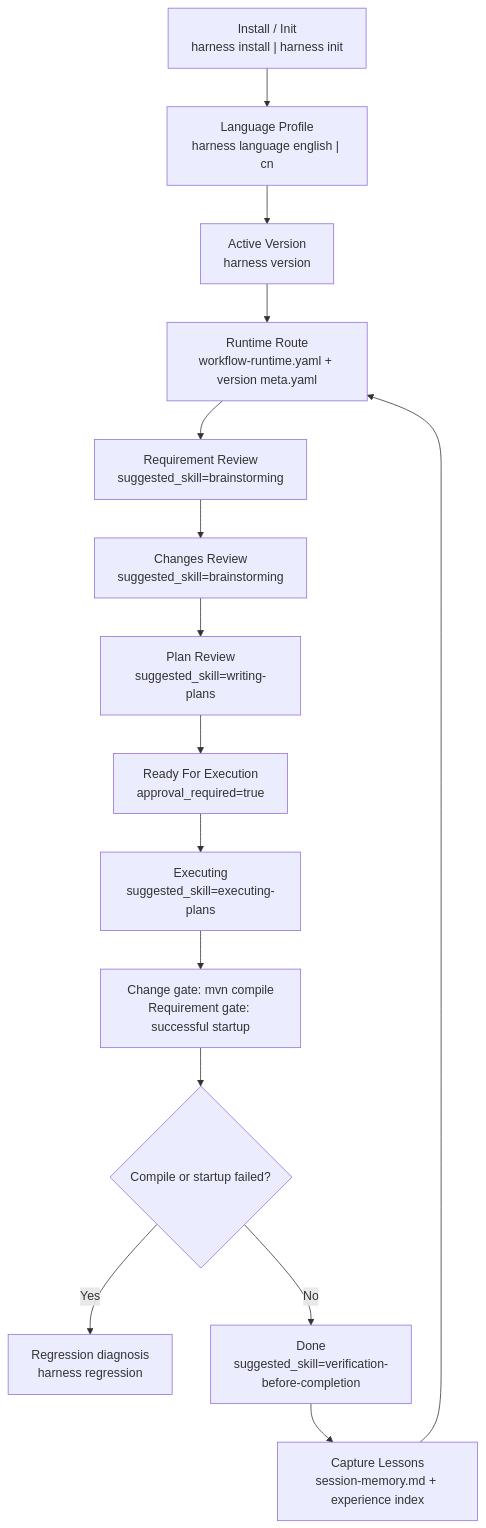
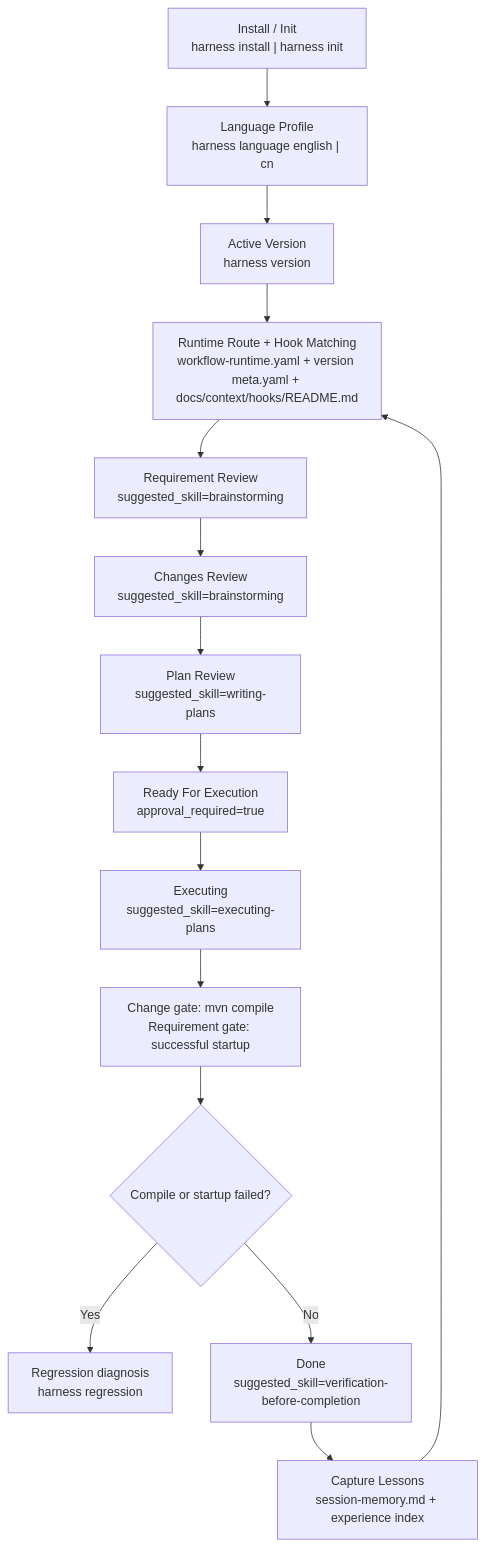
The third of 4 diagrams in README.md (togally/harness-workflow), drawn with Mermaid before and after one commit. The commit also changed other lines of this file and 17 other files, not shown here.

Commit message:
Restructure workflow hooks by invocation timing

````diff
--- a/README.md
+++ b/README.md
@@ -622,17 +647,17 @@
 ```mermaid
 flowchart TD
     A["Install / Init<br/>harness install | harness init"] --> B["Language Profile<br/>harness language english | cn"]
     B --> C["Active Version<br/>harness version"]
-    C --> D["Runtime Route<br/>workflow-runtime.yaml + version meta.yaml"]
+    C --> D["Runtime Route + Hook Matching<br/>workflow-runtime.yaml + version meta.yaml + docs/context/hooks/README.md"]
     D --> E["Requirement Review<br/>suggested_skill=brainstorming"]
     E --> F["Changes Review<br/>suggested_skill=brainstorming"]
     F --> G["Plan Review<br/>suggested_skill=writing-plans"]
     G --> H["Ready For Execution<br/>approval_required=true"]
     H --> I["Executing<br/>suggested_skill=executing-plans"]
     I --> J["Change gate: mvn compile<br/>Requirement gate: successful startup"]
     J --> K{"Compile or startup failed?"}
     K -->|Yes| L["Regression diagnosis<br/>harness regression <issue>"]
     K -->|No| M["Done<br/>suggested_skill=verification-before-completion"]
     M --> N["Capture Lessons<br/>session-memory.md + experience index"]
     N --> D
 ```
````
